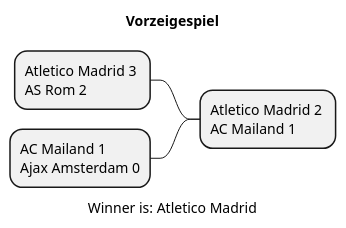
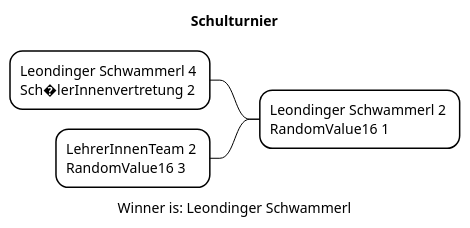
The diagram in plantuml/Result.puml (htl-leonding-project/2022-4ahif-autohaus), drawn with PlantUML before and after one commit. The commit also changed 21 other files, not shown here.

```diff
--- a/plantuml/Result.puml
+++ b/plantuml/Result.puml
@@ -1,10 +1,19 @@
-@startmindmap Vorzeigespiel.png
-title Vorzeigespiel
+@startmindmap Schulturnier.png
+    <style>
+    mindmapDiagram{
+        node{
+            BackgroundColor White
 
-- Atletico Madrid 2 \nAC Mailand 1
+        }
+        LineColor Black
+    }
+    </style>
+title Schulturnier
 
--- Atletico Madrid 3 \nAS Rom 2
+- Leondinger Schwammerl 2 \nRandomValue16 1
 
--- AC Mailand 1 \nAjax Amsterdam 0
-caption Winner is: Atletico Madrid
+-- Leondinger Schwammerl 4 \nSch�lerInnenvertretung 2
+
+-- LehrerInnenTeam 2 \nRandomValue16 3
+caption Winner is: Leondinger Schwammerl
 @endmindmap
```
